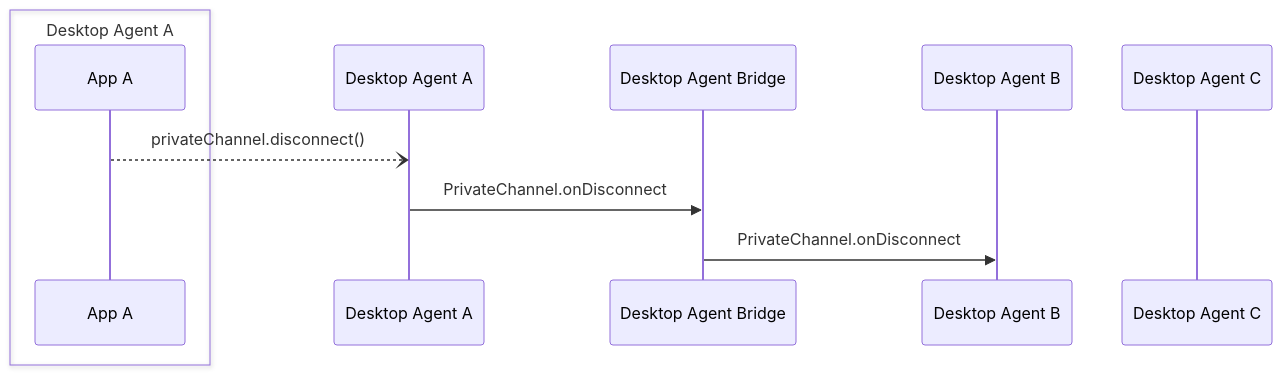
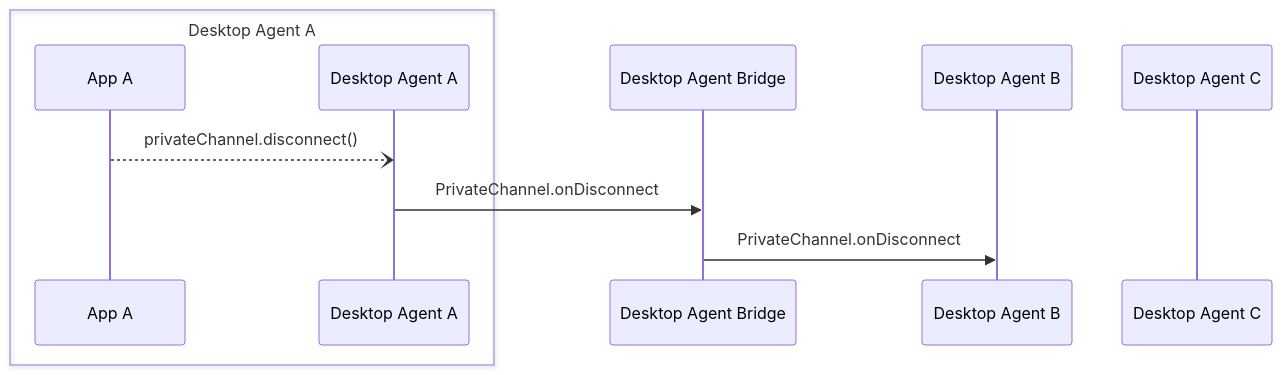
The diagram in docs/agent-bridging/ref/PrivateChannel.onDisconnect.md (InteropIO/FDC3), drawn with Mermaid before and after one commit. The commit also changed other lines of this file, not shown here.

Commit message:
fix box in mermaid diagram

````diff
--- a/docs/agent-bridging/ref/PrivateChannel.onDisconnect.md
+++ b/docs/agent-bridging/ref/PrivateChannel.onDisconnect.md
@@ -23,13 +23,13 @@
 ```mermaid
 sequenceDiagram
     box Desktop Agent A
     participant AA as App A
+    participant DA as Desktop Agent A
     end
-    participant DA as Desktop Agent A
     participant DAB as Desktop Agent Bridge
     participant DB as Desktop Agent B
     participant DC as Desktop Agent C
     AA --) DA: privateChannel.disconnect()
     DA ->> DAB: PrivateChannel.onDisconnect
     DAB ->> DB: PrivateChannel.onDisconnect
 ```
````
